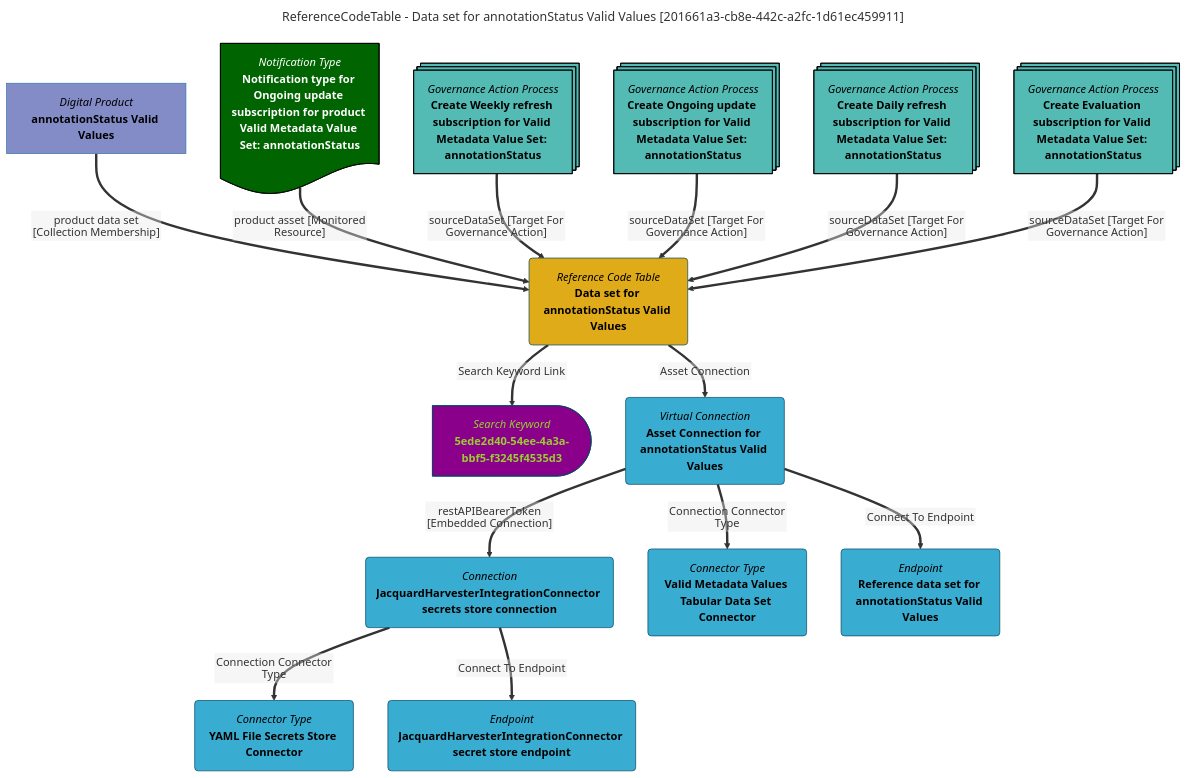
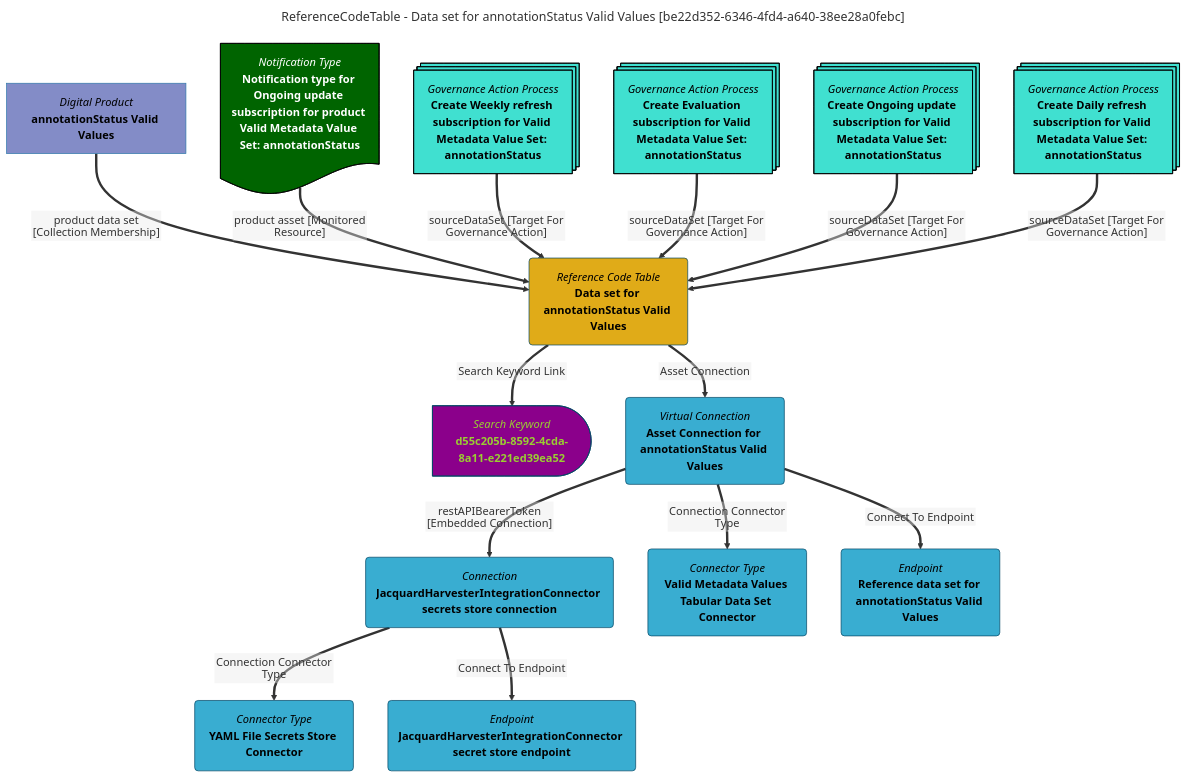
One commit to odpi/egeria-docs changed the diagram in site/snippets/data-assets/data-set-for-annotationstatus-valid-values-mermaid-graph.md. Above: the diagram before and after it, drawn with Mermaid. The commit also changed 2201 other files, not shown here.

````diff
--- a/site/snippets/data-assets/data-set-for-annotationstatus-valid-values-mermaid-graph.md
+++ b/site/snippets/data-assets/data-set-for-annotationstatus-valid-values-mermaid-graph.md
@@ -1,63 +1,63 @@
 ```mermaid
 ---
-title: ReferenceCodeTable - Data set for annotationStatus Valid Values [201661a3-cb8e-442c-a2fc-1d61ec459911]
+title: ReferenceCodeTable - Data set for annotationStatus Valid Values [be22d352-6346-4fd4-a640-38ee28a0febc]
 ---
 flowchart TD
 %%{init: {"flowchart": {"htmlLabels": false}} }%%
 
 1@{ shape: rounded, label: "*Reference Code Table*
 **Data set for annotationStatus Valid Values**"}
 2@{ shape: delay, label: "*Search Keyword*
-**5ede2d40-54ee-4a3a-bbf5-f3245f4535d3**"}
+**d55c205b-8592-4cda-8a11-e221ed39ea52**"}
 1==>|"Search Keyword Link"|2
 3@{ shape: rect, label: "*Digital Product*
 **annotationStatus Valid Values**"}
 3==>|"product data set [Collection Membership]"|1
 4@{ shape: rounded, label: "*Virtual Connection*
 **Asset Connection for annotationStatus Valid Values**"}
 1==>|"Asset Connection"|4
 5@{ shape: rounded, label: "*Connection*
 **JacquardHarvesterIntegrationConnector secrets store connection**"}
 4==>|"restAPIBearerToken [Embedded Connection]"|5
 6@{ shape: rounded, label: "*Connector Type*
 **YAML File Secrets Store Connector**"}
 5==>|"Connection Connector Type"|6
 7@{ shape: rounded, label: "*Endpoint*
 **JacquardHarvesterIntegrationConnector secret store endpoint**"}
 5==>|"Connect To Endpoint"|7
 8@{ shape: rounded, label: "*Connector Type*
 **Valid Metadata Values Tabular Data Set Connector**"}
 4==>|"Connection Connector Type"|8
 9@{ shape: rounded, label: "*Endpoint*
 **Reference data set for annotationStatus Valid Values**"}
 4==>|"Connect To Endpoint"|9
 10@{ shape: doc, label: "*Notification Type*
 **Notification type for Ongoing update subscription for product Valid Metadata Value Set: annotationStatus**"}
 10==>|"product asset [Monitored Resource]"|1
 11@{ shape: processes, label: "*Governance Action Process*
 **Create Weekly refresh subscription for Valid Metadata Value Set: annotationStatus**"}
 11==>|"sourceDataSet [Target For Governance Action]"|1
 12@{ shape: processes, label: "*Governance Action Process*
-**Create Ongoing update subscription for Valid Metadata Value Set: annotationStatus**"}
+**Create Evaluation subscription for Valid Metadata Value Set: annotationStatus**"}
 12==>|"sourceDataSet [Target For Governance Action]"|1
 13@{ shape: processes, label: "*Governance Action Process*
-**Create Daily refresh subscription for Valid Metadata Value Set: annotationStatus**"}
+**Create Ongoing update subscription for Valid Metadata Value Set: annotationStatus**"}
 13==>|"sourceDataSet [Target For Governance Action]"|1
 14@{ shape: processes, label: "*Governance Action Process*
-**Create Evaluation subscription for Valid Metadata Value Set: annotationStatus**"}
+**Create Daily refresh subscription for Valid Metadata Value Set: annotationStatus**"}
 14==>|"sourceDataSet [Target For Governance Action]"|1
-style 11 color:#000000, fill:#53bbb4, stroke:#000000
-style 12 color:#000000, fill:#53bbb4, stroke:#000000
-style 13 color:#000000, fill:#53bbb4, stroke:#000000
-style 14 color:#000000, fill:#53bbb4, stroke:#000000
+style 11 color:#000000, fill:#40E0D0, stroke:#000000
+style 12 color:#000000, fill:#40E0D0, stroke:#000000
+style 13 color:#000000, fill:#40E0D0, stroke:#000000
+style 14 color:#000000, fill:#40E0D0, stroke:#000000
 style 1 color:#000000, fill:#e0ab18, stroke:#004563
-style 2 color:#9acd32, fill:#8b008b, stroke:#004563
+style 2 color:#9ACD32, fill:#8B008B, stroke:#004563
 style 3 color:#000000, fill:#838cc7, stroke:#3079ab
 style 4 color:#000000, fill:#39add1, stroke:#004563
 style 5 color:#000000, fill:#39add1, stroke:#004563
 style 6 color:#000000, fill:#39add1, stroke:#004563
 style 7 color:#000000, fill:#39add1, stroke:#004563
 style 8 color:#000000, fill:#39add1, stroke:#004563
 style 9 color:#000000, fill:#39add1, stroke:#004563
 style 10 color:#FFFFFF, fill:#006400, stroke:#000000
 ```
````
